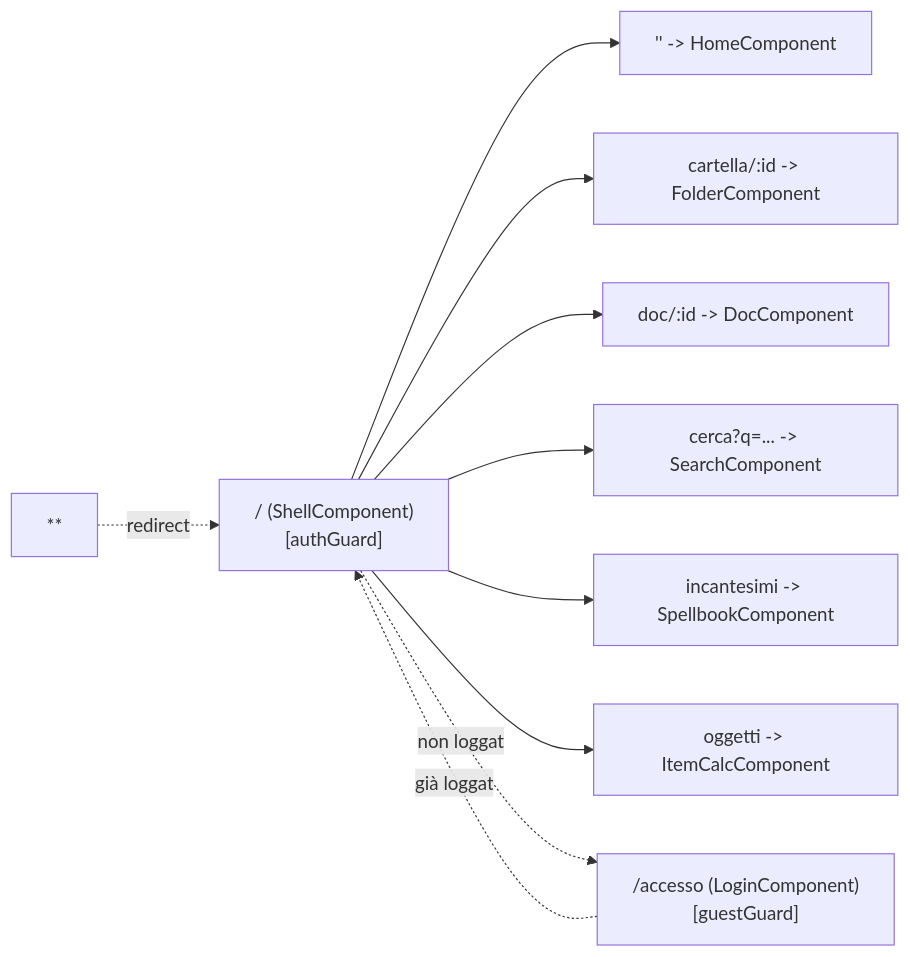
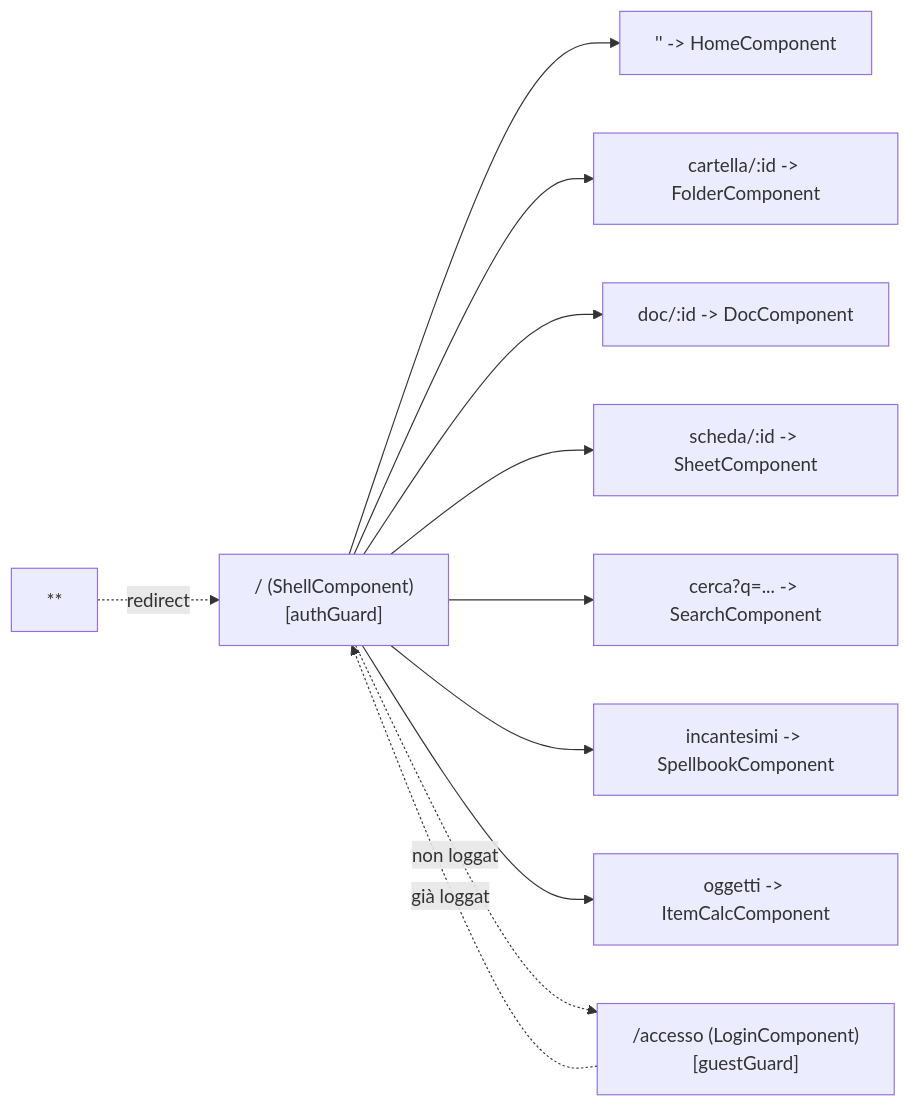
One commit to alfonsoambruosi/biblioteca-gdr changed the diagram in wiki/01 - Architettura/Routing, Layout e Auth.md. Above: the diagram before and after it, drawn with Mermaid. The commit also changed other lines of this file and 6 other files, not shown here.

````diff
--- a/wiki/01 - Architettura/Routing, Layout e Auth.md
+++ b/wiki/01 - Architettura/Routing, Layout e Auth.md
@@ -35,15 +35,16 @@
 ```mermaid
 flowchart LR
     ROOT["/ (ShellComponent)\n[authGuard]"]
     ACC["/accesso (LoginComponent)\n[guestGuard]"]
 
     ROOT --> H["'' -> HomeComponent"]
     ROOT --> F["cartella/:id -> FolderComponent"]
     ROOT --> D["doc/:id -> DocComponent"]
+    ROOT --> S["scheda/:id -> SheetComponent"]
     ROOT --> C["cerca?q=... -> SearchComponent"]
     ROOT --> I["incantesimi -> SpellbookComponent"]
     ROOT --> O["oggetti -> ItemCalcComponent"]
     WILDCARD["**"] -.redirect.-> ROOT
     ROOT -.non loggato.-> ACC
     ACC -.già loggato.-> ROOT
 ```
````
